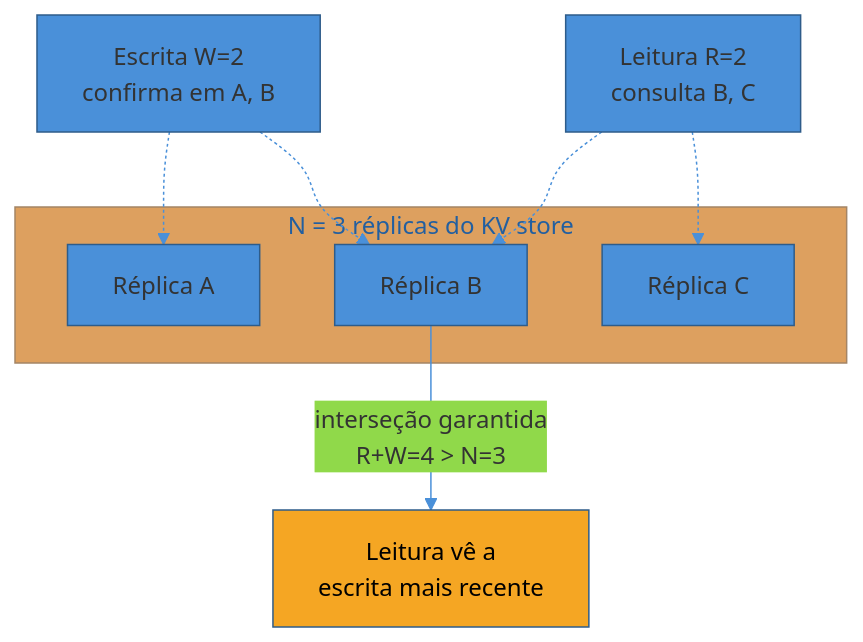
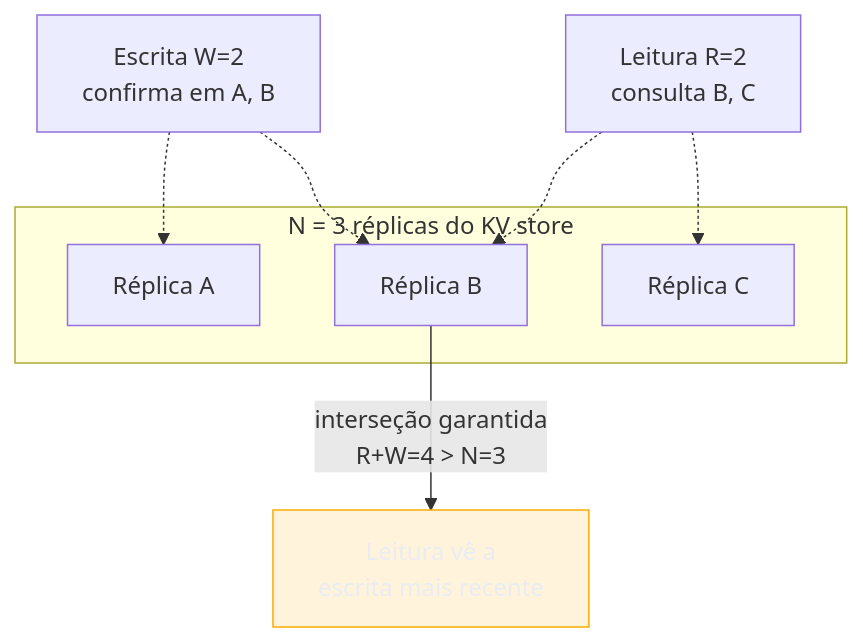
Before and after one commit to josenaldo/codex-technomanticus: the third of 7 diagrams in 03-Dominios/Engenharia/Arquitetura/System Design/4 - Walkthroughs/08 - Distributed Key-Value Store.md, drawn with Mermaid. The commit also changed other lines of this file and 1181 other files, not shown here.

First line of the commit message:
fix(diagramas): paleta do sistema no lugar de cor cravada no markdown

````diff
--- a/03-Dominios/Engenharia/Arquitetura/System Design/4 - Walkthroughs/08 - Distributed Key-Value Store.md
+++ b/03-Dominios/Engenharia/Arquitetura/System Design/4 - Walkthroughs/08 - Distributed Key-Value Store.md
@@ -171,15 +171,15 @@
 ```mermaid
-%%{init: {"theme": "base", "themeVariables": {"primaryColor": "#4A90D9", "primaryBorderColor": "#2E5C8A", "lineColor": "#4A90D9"}}}%%
 graph TD
+    classDef destaque fill:#FFAA0024,stroke:#FFAA00,color:#E9ECF2
     subgraph "N = 3 réplicas do KV store"
         A["Réplica A"]
         B["Réplica B"]
         C["Réplica C"]
     end
     W["Escrita W=2<br/>confirma em A, B"] -.-> A
     W -.-> B
     R["Leitura R=2<br/>consulta B, C"] -.-> B
     R -.-> C
     B -->|"interseção garantida<br/>R+W=4 > N=3"| OK["Leitura vê a<br/>escrita mais recente"]
-    style OK fill:#F5A623,color:#000
+    class OK destaque
 ```
````
